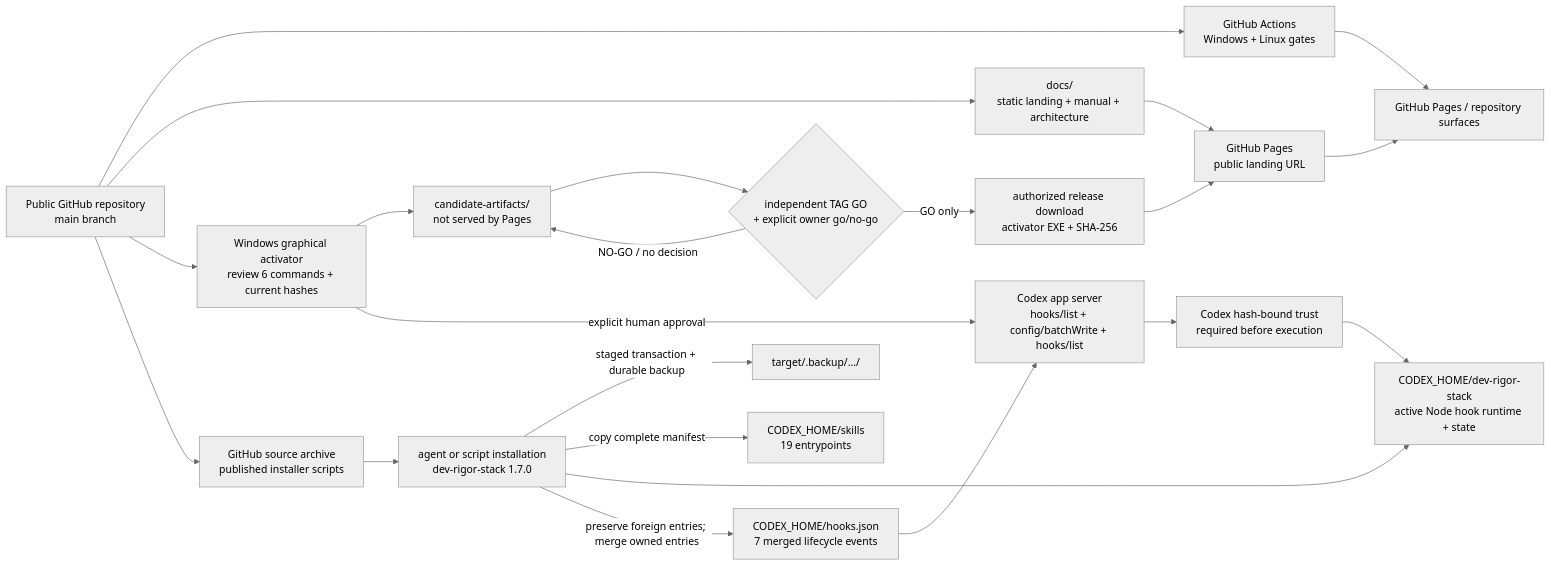
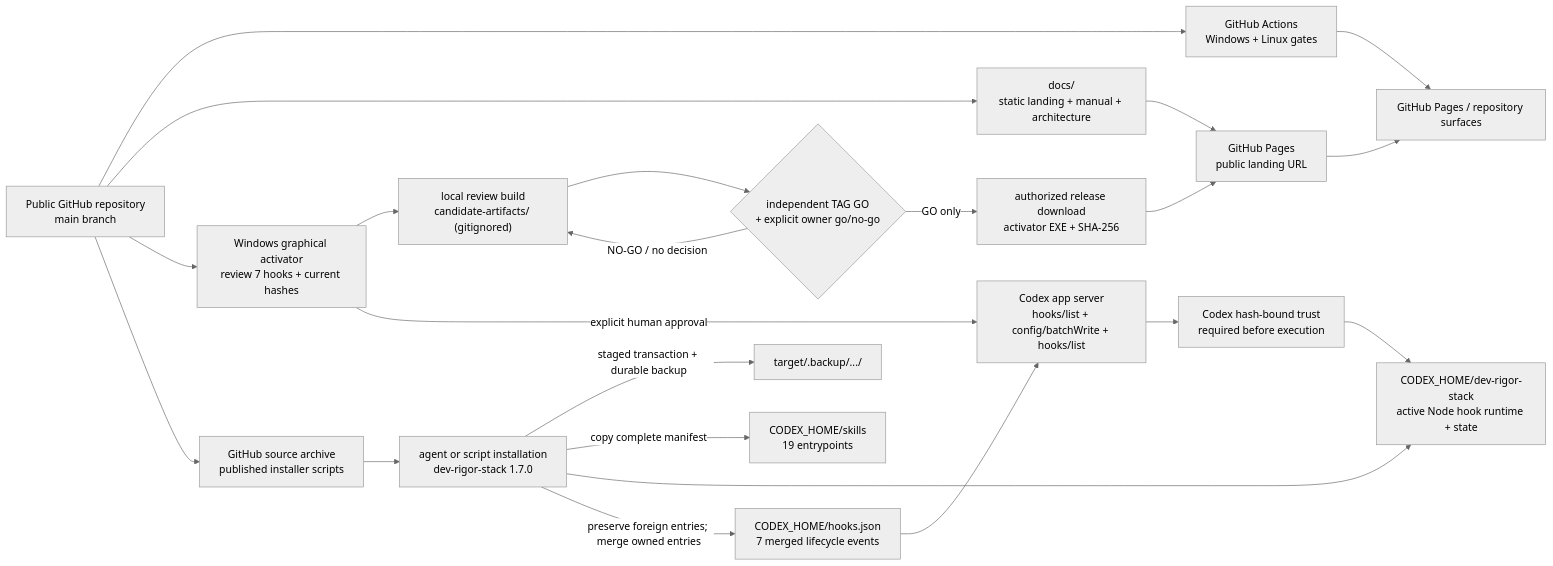
One commit to scottconverse/codex-dev-rigor-stack changed the fifth of 5 diagrams in docs/ARCHITECTURE.md. Above: the diagram before and after it, drawn with Mermaid (neutral theme). The commit also changed 27 other files, not shown here.

````diff
--- a/docs/ARCHITECTURE.md
+++ b/docs/ARCHITECTURE.md
@@ -227,33 +227,33 @@
 ```mermaid
 flowchart LR
     Source["Public GitHub repository\nmain branch"]
     Docs["docs/\nstatic landing + manual + architecture"]
     Pages["GitHub Pages\npublic landing URL"]
     Archive["GitHub source archive\npublished installer scripts"]
     Installer["agent or script installation\ndev-rigor-stack 1.7.0"]
     Backup["target/.backup/.../<timestamp>"]
     Home["CODEX_HOME/skills\n19 entrypoints"]
     Runtime["CODEX_HOME/dev-rigor-stack\nactive Node hook runtime + state"]
     HookConfig["CODEX_HOME/hooks.json\n7 merged lifecycle events"]
-    Activator["Windows graphical activator\nreview 6 commands + current hashes"]
+    Activator["Windows graphical activator\nreview 7 hooks + current hashes"]
     AppServer["Codex app server\nhooks/list + config/batchWrite + hooks/list"]
     Trust["Codex hash-bound trust\nrequired before execution"]
-    Candidate["candidate-artifacts/\nnot served by Pages"]
+    Candidate["local review build\ncandidate-artifacts/ (gitignored)"]
     OwnerGate{"independent TAG GO\n+ explicit owner go/no-go"}
     Download["authorized release download\nactivator EXE + SHA-256"]
     CI["GitHub Actions\nWindows + Linux gates"]
     Publish["GitHub Pages / repository surfaces"]
 
     Source --> CI --> Publish
     Source --> Docs --> Pages --> Publish
     Source --> Activator --> Candidate --> OwnerGate
     OwnerGate -->|GO only| Download --> Pages
     OwnerGate -->|NO-GO / no decision| Candidate
     Source --> Archive --> Installer
     Installer -->|staged transaction + durable backup| Backup
     Installer -->|copy complete manifest| Home
     Installer --> Runtime
     Installer -->|preserve foreign entries; merge owned entries| HookConfig
     HookConfig --> AppServer
     Activator -->|explicit human approval| AppServer --> Trust --> Runtime
 ```
````
